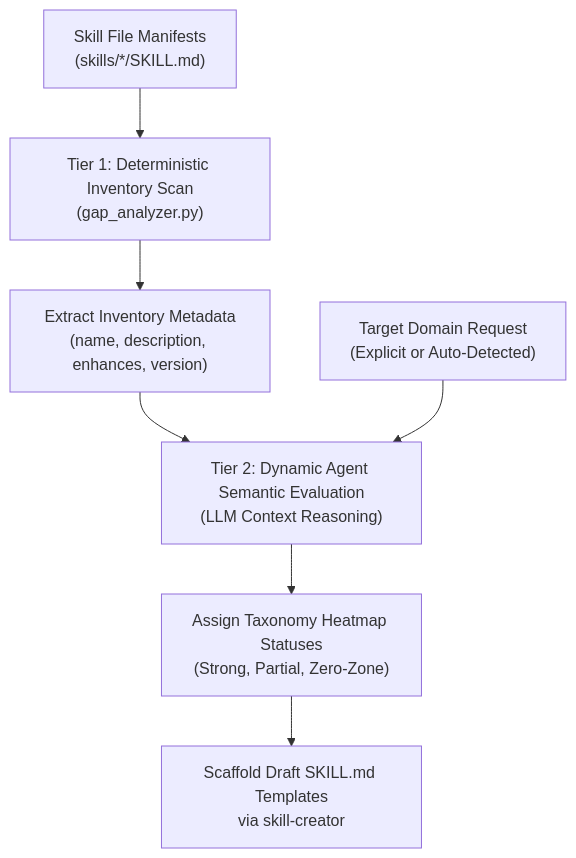
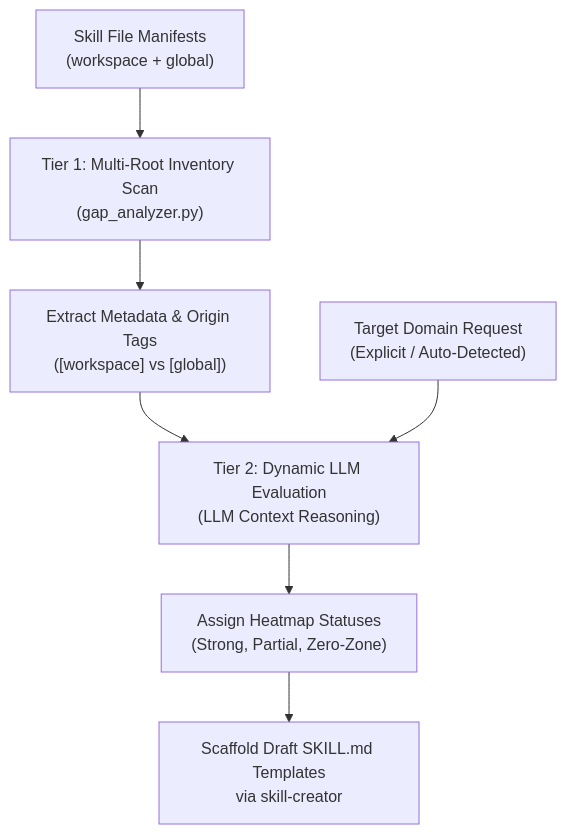
The diagram in skills/capability-gap-analyzer/references/overview.md (louis-pvs/agent-skills), drawn with Mermaid before and after one commit. The commit also changed other lines of this file and 11 other files, not shown here.

Commit message:
refactor: update architecture documentation and standardize Python scripting practices across all agent skills.

````diff
--- a/skills/capability-gap-analyzer/references/overview.md
+++ b/skills/capability-gap-analyzer/references/overview.md
@@ -9,11 +11,14 @@
 ```mermaid
 flowchart TD
-    A["Skill File Manifests<br>(skills/*/SKILL.md)"] --> B["Tier 1: Deterministic Inventory Scan<br>(gap_analyzer.py)"]
-    B --> C["Extract Inventory Metadata<br>(name, description, enhances, version)"]
-
-    C --> D["Tier 2: Dynamic Agent Semantic Evaluation<br>(LLM Context Reasoning)"]
-    E["Target Domain Request<br>(Explicit or Auto-Detected)"] --> D
-
-    D --> F["Assign Taxonomy Heatmap Statuses<br>(Strong, Partial, Zero-Zone)"]
-    F --> G["Scaffold Draft SKILL.md Templates<br>via skill-creator"]
+    A["Skill File Manifests<br>(workspace + global)"] --> B
+    B["Tier 1: Multi-Root Inventory Scan<br>(gap_analyzer.py)"] --> C
+    C["Extract Metadata & Origin Tags<br>([workspace] vs [global])"]
+    
+    C --> D
+    D["Tier 2: Dynamic LLM Evaluation<br>(LLM Context Reasoning)"]
+    E["Target Domain Request<br>(Explicit / Auto-Detected)"] --> D
+    
+    D --> F
+    F["Assign Heatmap Statuses<br>(Strong, Partial, Zero-Zone)"] --> G
+    G["Scaffold Draft SKILL.md Templates<br>via skill-creator"]
 ```
````
